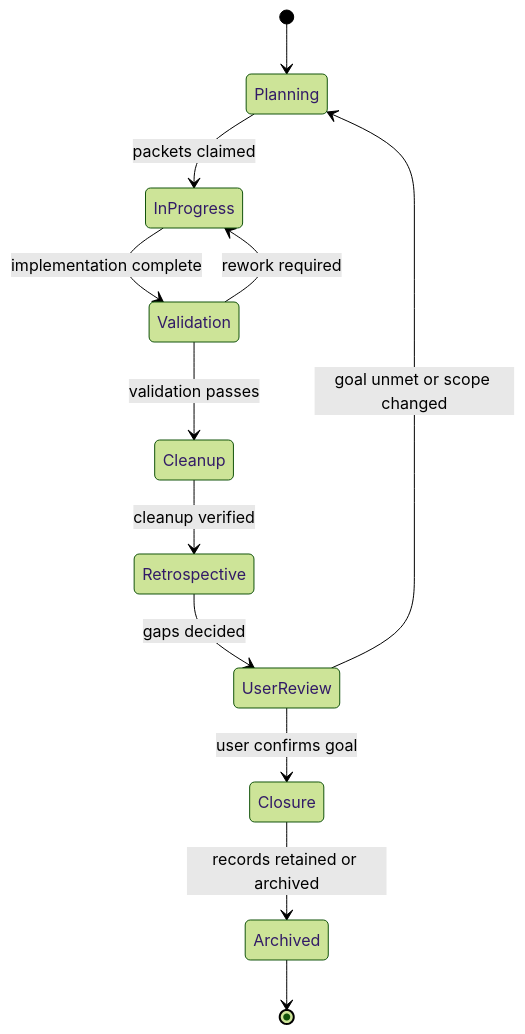
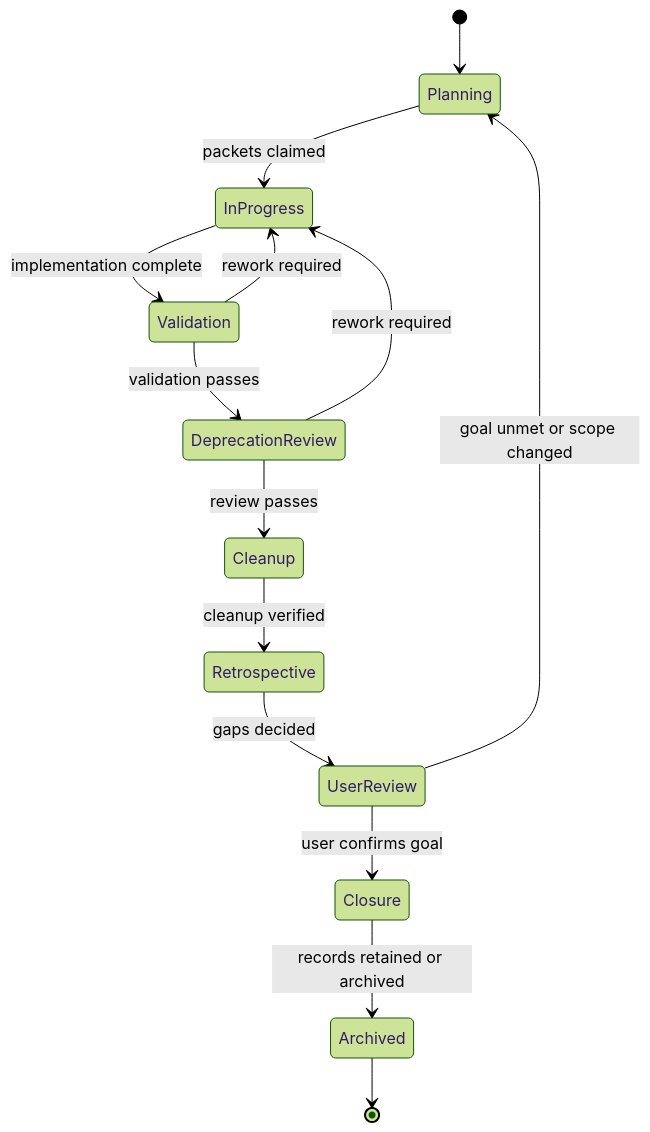
Before and after one commit to Rusha-Corp/contract-engineering-skills: the third of 3 diagrams in project-lifecycle/SKILL.md, drawn with Mermaid (forest theme). The commit also changed other lines of this file and 7 other files, not shown here.

````diff
--- a/project-lifecycle/SKILL.md
+++ b/project-lifecycle/SKILL.md
@@ -81,14 +83,16 @@
 ```mermaid
 stateDiagram-v2
     [*] --> Planning
     Planning --> InProgress: packets claimed
     InProgress --> Validation: implementation complete
-    Validation --> Cleanup: validation passes
     Validation --> InProgress: rework required
+    Validation --> DeprecationReview: validation passes
+    DeprecationReview --> Cleanup: review passes
+    DeprecationReview --> InProgress: rework required
     Cleanup --> Retrospective: cleanup verified
     Retrospective --> UserReview: gaps decided
     UserReview --> Closure: user confirms goal
     UserReview --> Planning: goal unmet or scope changed
     Closure --> Archived: records retained or archived
     Archived --> [*]
 ```
````
